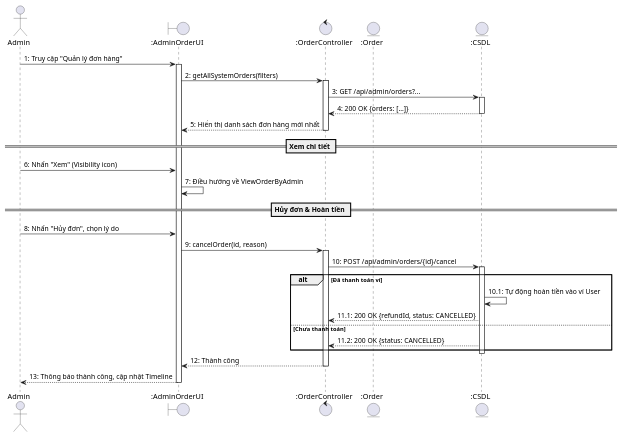
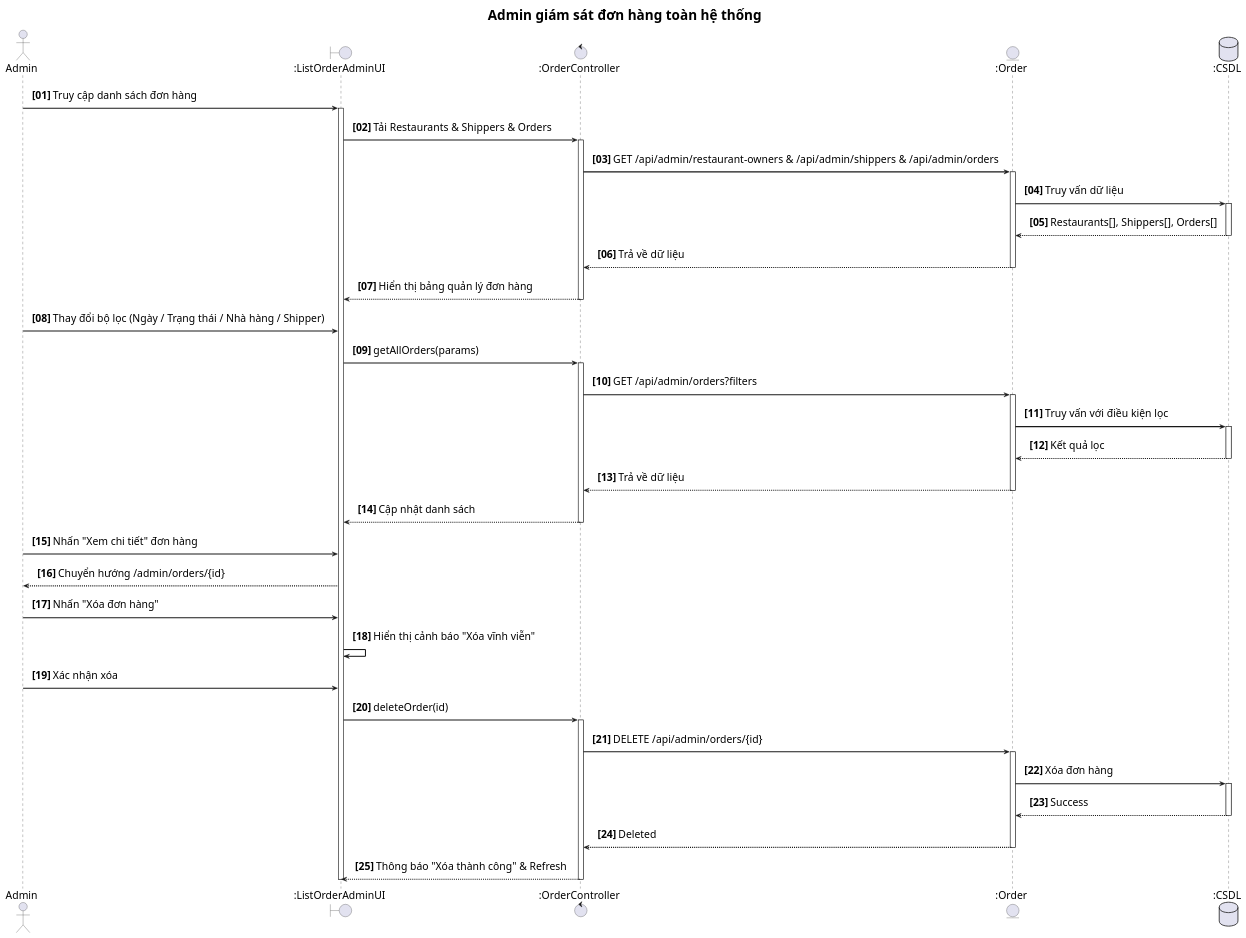
Before and after one commit to Gonztbl/DATN_FRONT-END: the diagram in front-end/src/usecaseUML/UC75_AdminQuanLyDonHang.puml, drawn with PlantUML. The commit also changed 45 other files, not shown here.

```diff
--- a/front-end/src/usecaseUML/UC75_AdminQuanLyDonHang.puml
+++ b/front-end/src/usecaseUML/UC75_AdminQuanLyDonHang.puml
@@ -1,42 +1,78 @@
 @startuml UC75_AdminQuanLyDonHang
-actor Admin
-boundary ":AdminOrderUI" as UI
+title Admin giám sát đơn hàng toàn hệ thống
+
+autonumber "<b>[00]</b>"
+skinparam sequenceArrowThickness 2
+skinparam roundcorner 10
+skinparam defaultFontSize 20
+skinparam titleFontSize 26
+skinparam sequenceFontSize 19
+skinparam sequenceMessageFontSize 20
+skinparam sequenceActorFontSize 20
+skinparam sequenceParticipantFontSize 20
+skinparam noteFontSize 18
+skinparam sequenceArrowFontSize 20
+skinparam sequence {
+    ParticipantPadding 30
+    LifeLinePadding 20
+    MessagePadding 10
+}
+
+actor "Admin" as Admin
+boundary ":ListOrderAdminUI" as UI
 control ":OrderController" as CTRL
 entity ":Order" as ENT
-entity ":CSDL" as DB
+database ":CSDL" as DB
 
-Admin -> UI : 1: Truy cập "Quản lý đơn hàng"
+Admin -> UI : Truy cập danh sách đơn hàng
 activate UI
 
-UI -> CTRL : 2: getAllSystemOrders(filters)
+UI -> CTRL : Tải Restaurants & Shippers & Orders
 activate CTRL
-CTRL -> DB : 3: GET /api/admin/orders?...
+CTRL -> ENT : GET /api/admin/restaurant-owners & /api/admin/shippers & /api/admin/orders
+activate ENT
+ENT -> DB : Truy vấn dữ liệu
 activate DB
-DB --> CTRL : 4: 200 OK {orders: [...]}
+DB --> ENT : Restaurants[], Shippers[], Orders[]
 deactivate DB
-CTRL --> UI : 5: Hiển thị danh sách đơn hàng mới nhất
+ENT --> CTRL : Trả về dữ liệu
+deactivate ENT
+CTRL --> UI : Hiển thị bảng quản lý đơn hàng
 deactivate CTRL
 
-== Xem chi tiết ==
-Admin -> UI : 6: Nhấn "Xem" (Visibility icon)
-UI -> UI : 7: Điều hướng về ViewOrderByAdmin
+Admin -> UI : Thay đổi bộ lọc (Ngày / Trạng thái / Nhà hàng / Shipper)
+UI -> CTRL : getAllOrders(params)
+activate CTRL
+CTRL -> ENT : GET /api/admin/orders?filters
+activate ENT
+ENT -> DB : Truy vấn với điều kiện lọc
+activate DB
+DB --> ENT : Kết quả lọc
+deactivate DB
+ENT --> CTRL : Trả về dữ liệu
+deactivate ENT
+CTRL --> UI : Cập nhật danh sách
+deactivate CTRL
 
-== Hủy đơn & Hoàn tiền ==
-Admin -> UI : 8: Nhấn "Hủy đơn", chọn lý do
-UI -> CTRL : 9: cancelOrder(id, reason)
+Admin -> UI : Nhấn "Xem chi tiết" đơn hàng
+UI --> Admin : Chuyển hướng /admin/orders/{id}
+
+Admin -> UI : Nhấn "Xóa đơn hàng"
+UI -> UI : Hiển thị cảnh báo "Xóa vĩnh viễn"
+Admin -> UI : Xác nhận xóa
+
+UI -> CTRL : deleteOrder(id)
 activate CTRL
-CTRL -> DB : 10: POST /api/admin/orders/{id}/cancel
+CTRL -> ENT : DELETE /api/admin/orders/{id}
+activate ENT
+ENT -> DB : Xóa đơn hàng
 activate DB
-alt Đã thanh toán ví
-    DB -> DB : 10.1: Tự động hoàn tiền vào ví User
-    DB --> CTRL : 11.1: 200 OK {refundId, status: CANCELLED}
-else Chưa thanh toán
-    DB --> CTRL : 11.2: 200 OK {status: CANCELLED}
-end
+DB --> ENT : Success
 deactivate DB
-CTRL --> UI : 12: Thành công
+ENT --> CTRL : Deleted
+deactivate ENT
+CTRL --> UI : Thông báo "Xóa thành công" & Refresh
 deactivate CTRL
-UI --> Admin : 13: Thông báo thành công, cập nhật Timeline
 
 deactivate UI
 @enduml
```
